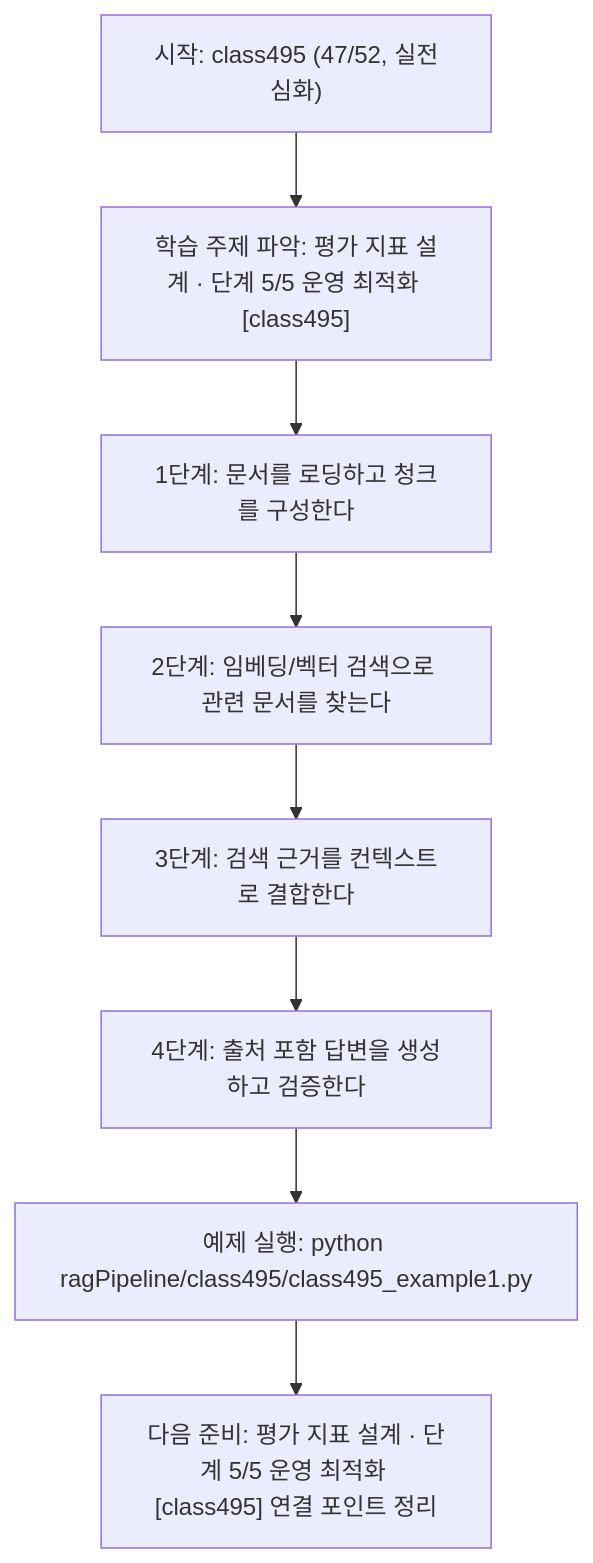
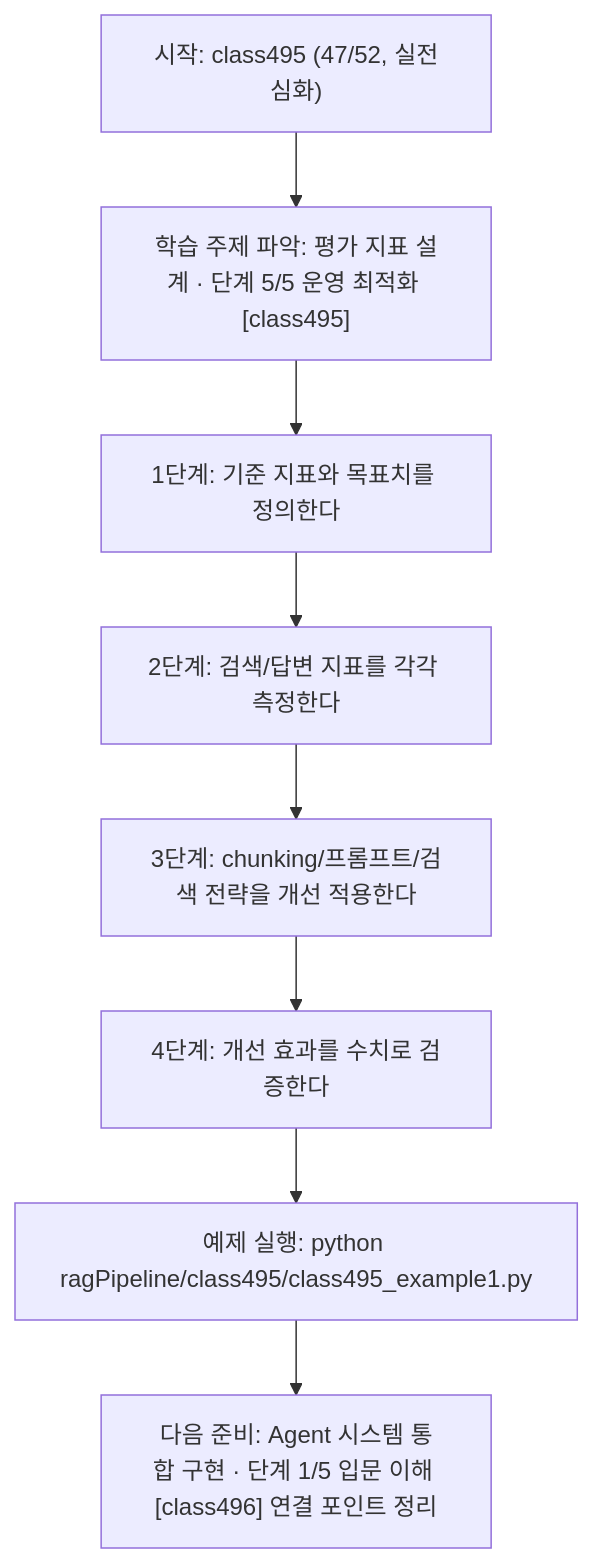
Before and after one commit to edumgt/Python-AI_Agent-Class: the diagram in ragPipeline/class495/class495.md, drawn with Mermaid. The commit also changed other lines of this file and 367 other files, not shown here.

````diff
--- a/ragPipeline/class495/class495.md
+++ b/ragPipeline/class495/class495.md
@@ -111,18 +92,18 @@
 ```mermaid
 flowchart TD
 N1["시작: class495 (47/52, 실전심화)"]
 N2["학습 주제 파악: 평가 지표 설계 · 단계 5/5 운영 최적화 [class495]"]
-N3["1단계: 문서를 로딩하고 청크를 구성한다"]
-N4["2단계: 임베딩/벡터 검색으로 관련 문서를 찾는다"]
-N5["3단계: 검색 근거를 컨텍스트로 결합한다"]
-N6["4단계: 출처 포함 답변을 생성하고 검증한다"]
+N3["1단계: 기준 지표와 목표치를 정의한다"]
+N4["2단계: 검색/답변 지표를 각각 측정한다"]
+N5["3단계: chunking/프롬프트/검색 전략을 개선 적용한다"]
+N6["4단계: 개선 효과를 수치로 검증한다"]
 N7["예제 실행: python ragPipeline/class495/class495_example1.py"]
-N8["다음 준비: 평가 지표 설계 · 단계 5/5 운영 최적화 [class495] 연결 포인트 정리"]
+N8["다음 준비: Agent 시스템 통합 구현 · 단계 1/5 입문 이해 [class496] 연결 포인트 정리"]
 N1 --> N2
 N2 --> N3
 N3 --> N4
 N4 --> N5
 N5 --> N6
 N6 --> N7
 N7 --> N8
 ```
````
